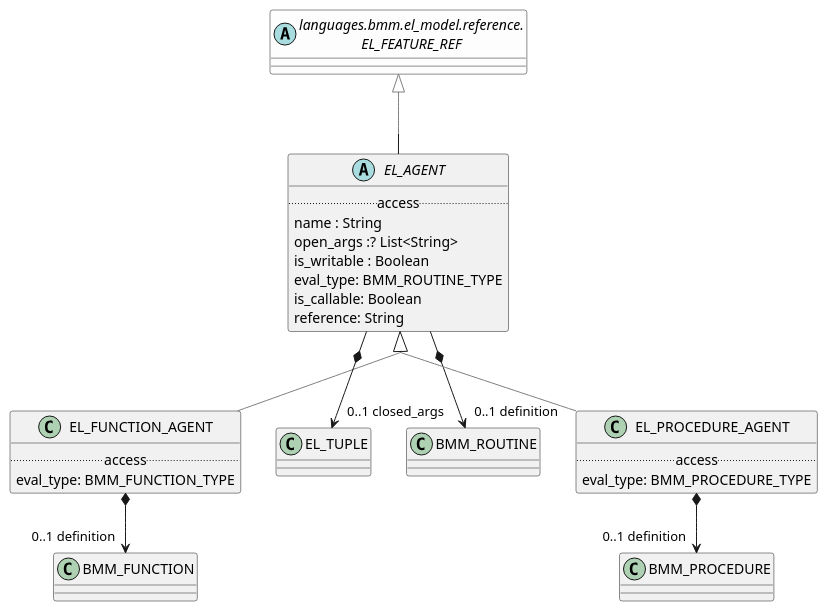
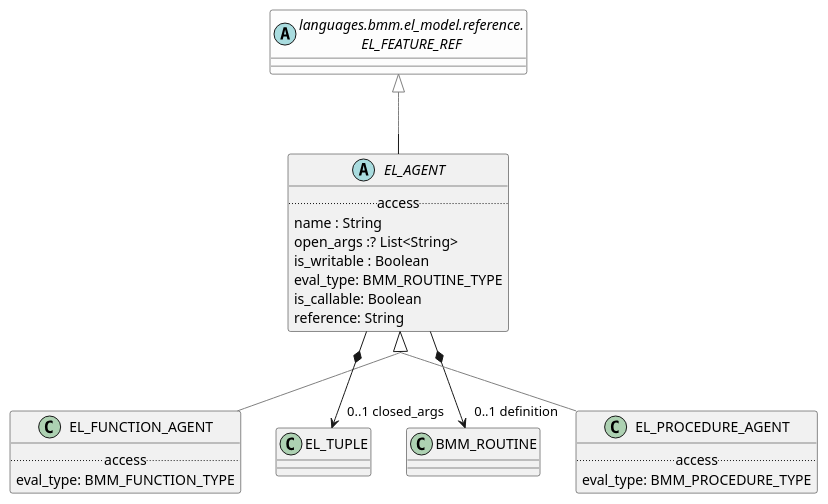
One commit to wolandscat/openehr-doc changed the diagram in modules/ROOT/examples/bmm/languages/bmm/el_model/agent/agent-package-uml.adoc. Above: the diagram before and after it, drawn with PlantUML. The commit also changed 541 other files, not shown here.

Commit message:
Regen with override markers, and override relations removed from UML.

```diff
--- a/modules/ROOT/examples/bmm/languages/bmm/el_model/agent/agent-package-uml.adoc
+++ b/modules/ROOT/examples/bmm/languages/bmm/el_model/agent/agent-package-uml.adoc
@@ -3,46 +3,42 @@
 [plantuml,opts=interactive,link=self]
 ....
 skinparam groupInheritance 2
 skinparam citedClassColor #FDFDFD
 
 
 class EL_FUNCTION_AGENT [[/openehr-doc/latest/languages/bmm-gen.html#_class_el_function_agent]] {
         .. access ..
         eval_type: BMM_FUNCTION_TYPE
 }
 
-EL_FUNCTION_AGENT -[#gray]up-|> EL_AGENT  
+EL_FUNCTION_AGENT -[#gray]up-|> EL_AGENT
 
-
-EL_FUNCTION_AGENT *--> "0..1 definition" BMM_FUNCTION
 
 abstract class EL_AGENT [[/openehr-doc/latest/languages/bmm-gen.html#_class_el_agent]] {
         .. access ..
         name : String
         open_args :? List<String>
         is_writable : Boolean
         eval_type: BMM_ROUTINE_TYPE
         is_callable: Boolean
         reference: String
 }
 
-EL_AGENT -[#gray]up-|> EL_FEATURE_REF  
+EL_AGENT -[#gray]up-|> EL_FEATURE_REF
 
 
 EL_AGENT *--> "0..1 closed_args" EL_TUPLE
 
 EL_AGENT *--> "0..1 definition" BMM_ROUTINE
 
 class EL_PROCEDURE_AGENT [[/openehr-doc/latest/languages/bmm-gen.html#_class_el_procedure_agent]] {
         .. access ..
         eval_type: BMM_PROCEDURE_TYPE
 }
 
-EL_PROCEDURE_AGENT -[#gray]up-|> EL_AGENT  
+EL_PROCEDURE_AGENT -[#gray]up-|> EL_AGENT
 
-
-EL_PROCEDURE_AGENT *--> "0..1 definition" BMM_PROCEDURE
 abstract class "languages.bmm.el_model.reference.\nEL_FEATURE_REF" as EL_FEATURE_REF  [[/openehr-doc/latest/languages/bmm-gen.html#_class_el_feature_ref]] #FDFDFD {
 }
 
 ....
```
